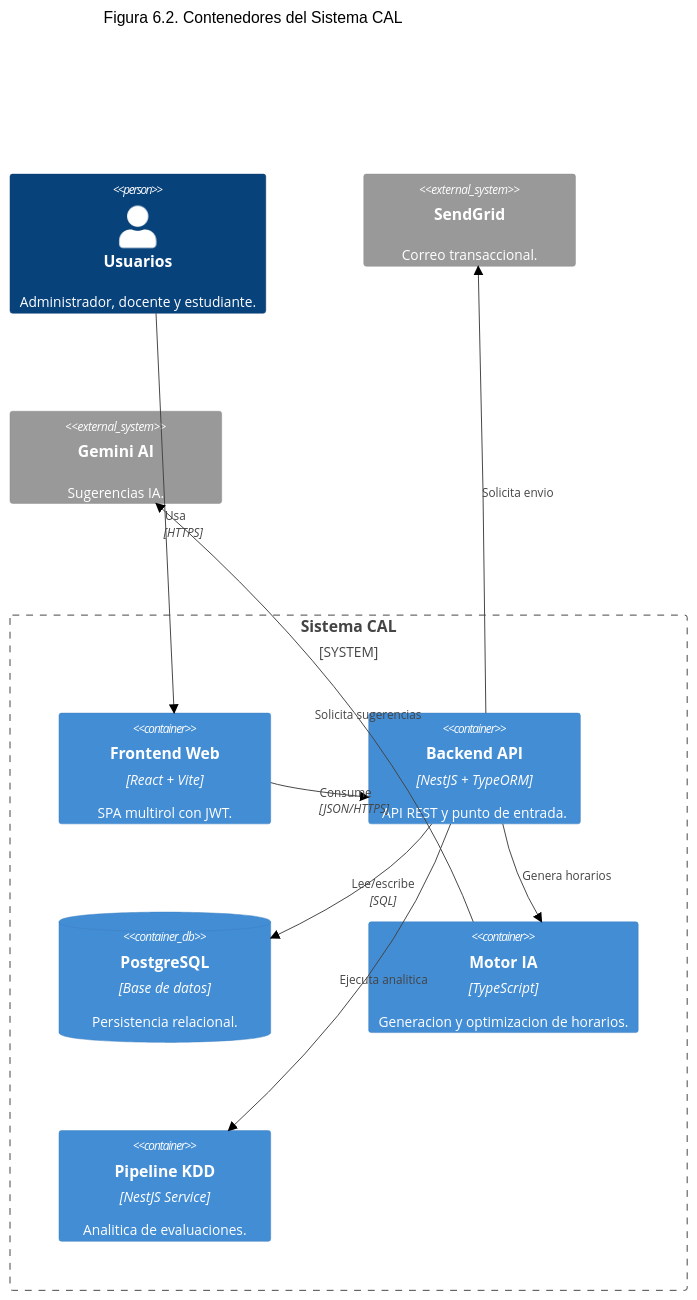
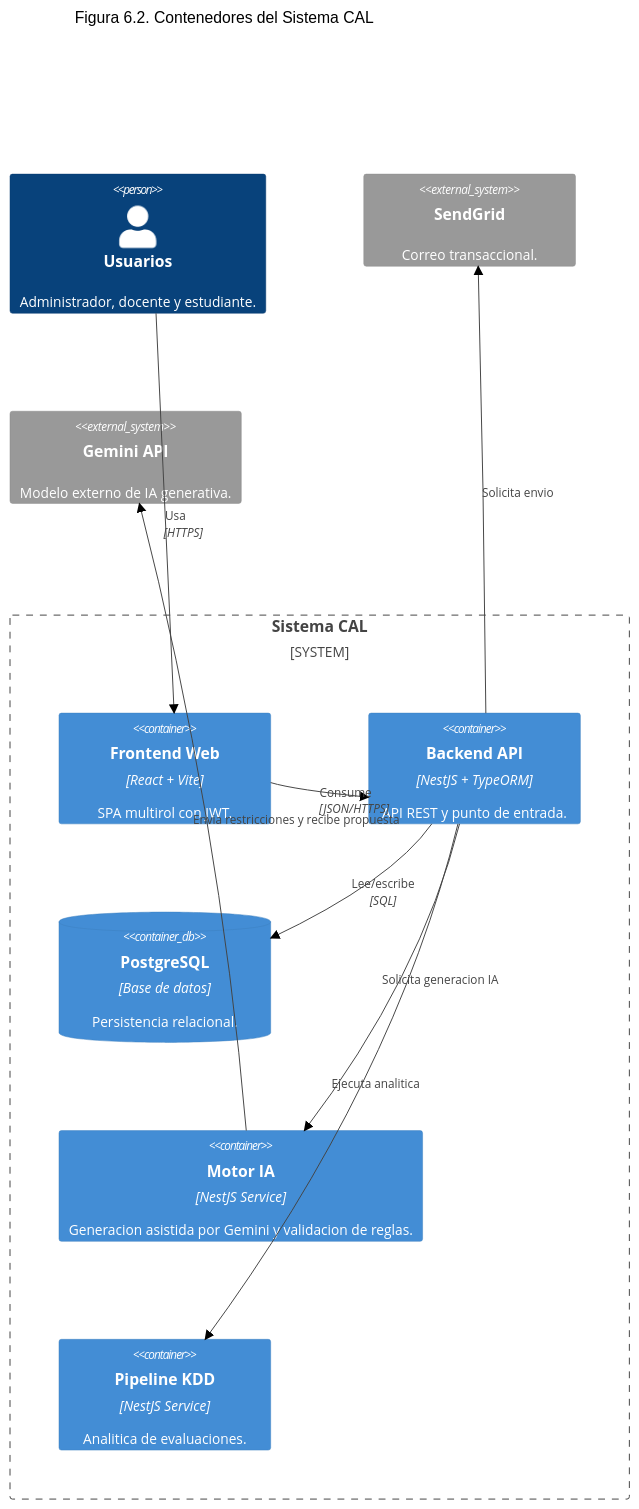
The diagram in docs/diagramas/02_c4_contenedores.mmd (Proyecto-grado-ucc/proyectoGrado-server), drawn with Mermaid (forest theme) before and after one commit. The commit also changed 20 other files, not shown here.

Commit message:
docs: align IA diagrams with Gemini flow

```diff
--- a/docs/diagramas/02_c4_contenedores.mmd
+++ b/docs/diagramas/02_c4_contenedores.mmd
@@ -1,25 +1,25 @@
 C4Container
 title Figura 6.2. Contenedores del Sistema CAL
 
 Person(user, "Usuarios", "Administrador, docente y estudiante.")
 
 System_Boundary(cal, "Sistema CAL") {
   Container(spa, "Frontend Web", "React + Vite", "SPA multirol con JWT.")
   Container(api, "Backend API", "NestJS + TypeORM", "API REST y punto de entrada.")
   ContainerDb(db, "PostgreSQL", "Base de datos", "Persistencia relacional.")
-  Container(ai, "Motor IA", "TypeScript", "Generacion y optimizacion de horarios.")
+  Container(ai, "Motor IA", "NestJS Service", "Generacion asistida por Gemini y validacion de reglas.")
   Container(kdd, "Pipeline KDD", "NestJS Service", "Analitica de evaluaciones.")
 }
 
 System_Ext(sendgrid, "SendGrid", "Correo transaccional.")
-System_Ext(gemini, "Gemini AI", "Sugerencias IA.")
+System_Ext(gemini, "Gemini API", "Modelo externo de IA generativa.")
 
 Rel(user, spa, "Usa", "HTTPS")
 Rel(spa, api, "Consume", "JSON/HTTPS")
 Rel(api, db, "Lee/escribe", "SQL")
-Rel(api, ai, "Genera horarios")
+Rel(api, ai, "Solicita generacion IA")
 Rel(api, kdd, "Ejecuta analitica")
 Rel(api, sendgrid, "Solicita envio")
-Rel(ai, gemini, "Solicita sugerencias")
+Rel(ai, gemini, "Envia restricciones y recibe propuesta")
 
 UpdateLayoutConfig($c4ShapeInRow="3", $c4BoundaryInRow="1")
```
